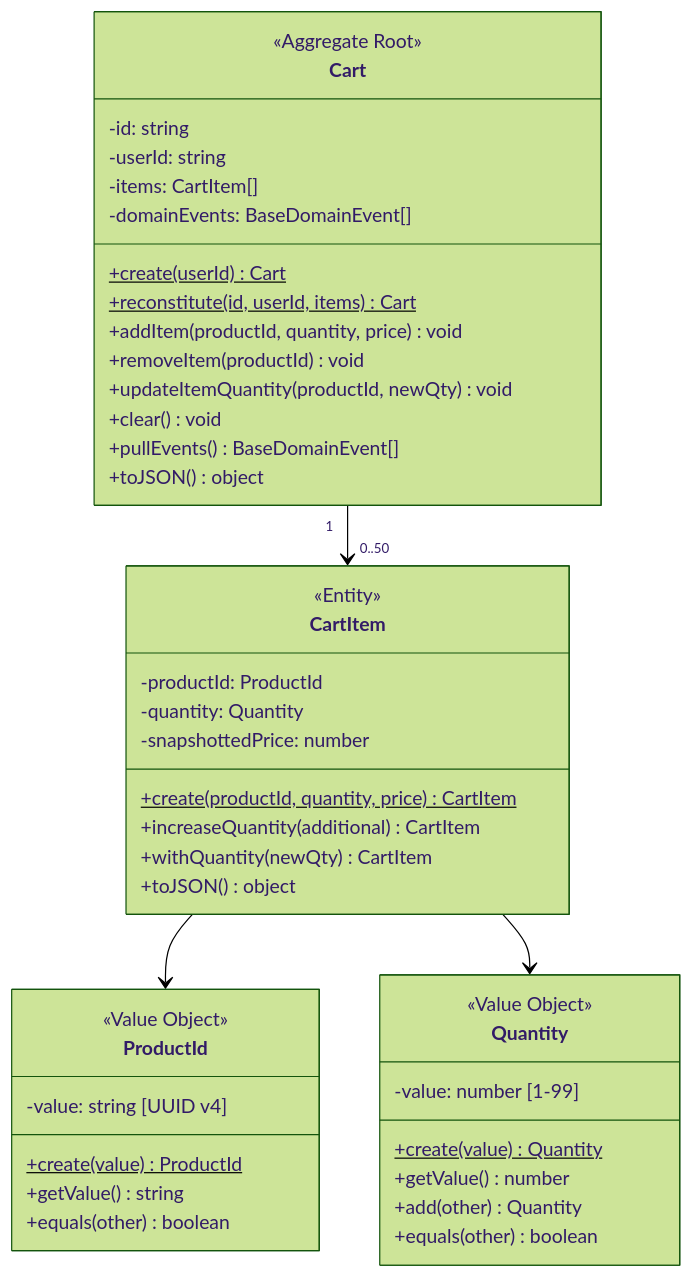
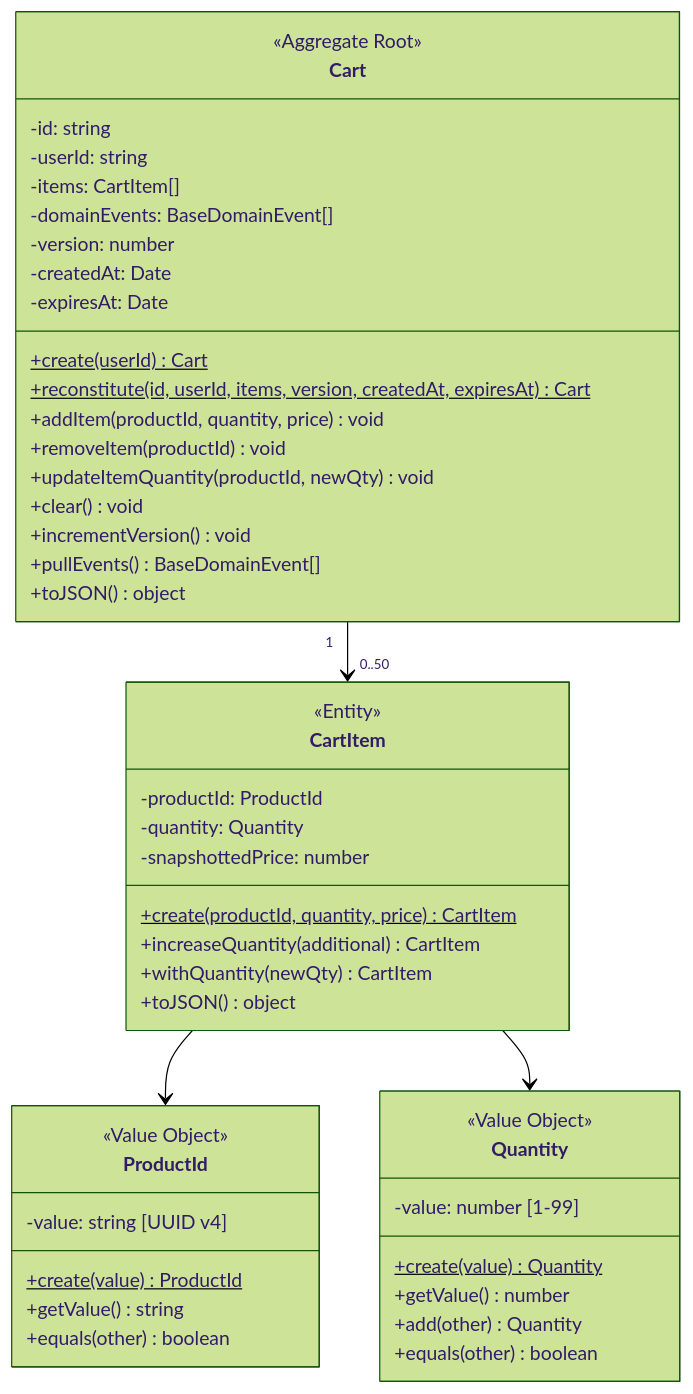
The third of 4 diagrams in apps/cart-service/docs/cart-service-architecture.md (thachda0106/scalable-ecommerce-microservices), drawn with Mermaid (forest theme) before and after one commit. The commit also changed other lines of this file and 3 other files, not shown here.

First line of the commit message:
docs(cart-service): update README and architecture docs for production-ready state

````diff
--- a/apps/cart-service/docs/cart-service-architecture.md
+++ b/apps/cart-service/docs/cart-service-architecture.md
@@ -211,50 +256,54 @@
 ```mermaid
 classDiagram
     class Cart {
         <<Aggregate Root>>
         -id: string
         -userId: string
         -items: CartItem[]
         -domainEvents: BaseDomainEvent[]
+        -version: number
+        -createdAt: Date
+        -expiresAt: Date
         +create(userId)$ Cart
-        +reconstitute(id, userId, items)$ Cart
+        +reconstitute(id, userId, items, version, createdAt, expiresAt)$ Cart
         +addItem(productId, quantity, price) void
         +removeItem(productId) void
         +updateItemQuantity(productId, newQty) void
         +clear() void
+        +incrementVersion() void
         +pullEvents() BaseDomainEvent[]
         +toJSON() object
     }
 
     class CartItem {
         <<Entity>>
         -productId: ProductId
         -quantity: Quantity
         -snapshottedPrice: number
         +create(productId, quantity, price)$ CartItem
         +increaseQuantity(additional) CartItem
         +withQuantity(newQty) CartItem
         +toJSON() object
     }
 
     class ProductId {
         <<Value Object>>
         -value: string [UUID v4]
         +create(value)$ ProductId
         +getValue() string
         +equals(other) boolean
     }
 
     class Quantity {
         <<Value Object>>
         -value: number [1-99]
         +create(value)$ Quantity
         +getValue() number
         +add(other) Quantity
         +equals(other) boolean
     }
 
     Cart "1" --> "0..50" CartItem
     CartItem --> ProductId
     CartItem --> Quantity
 ```
````
